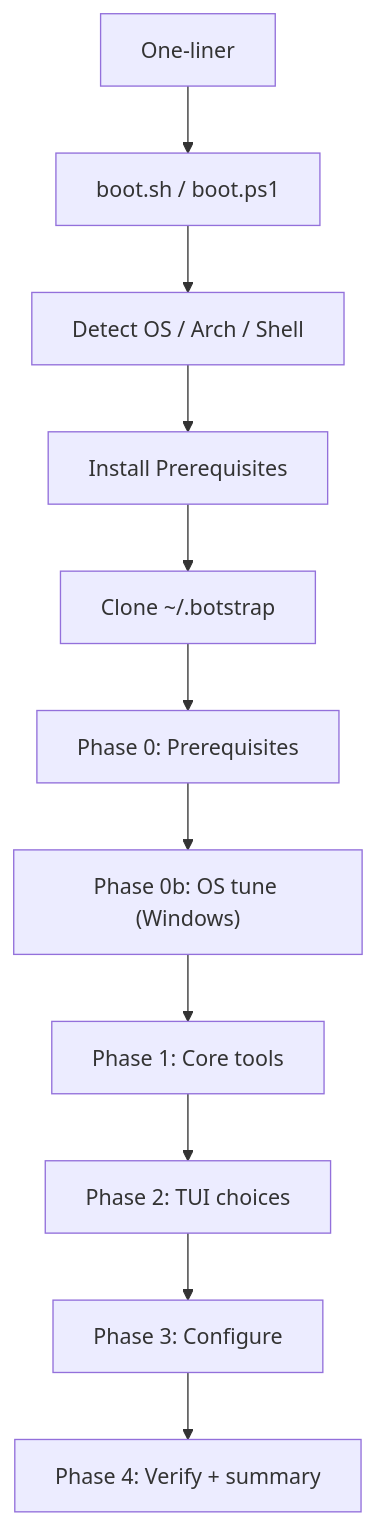
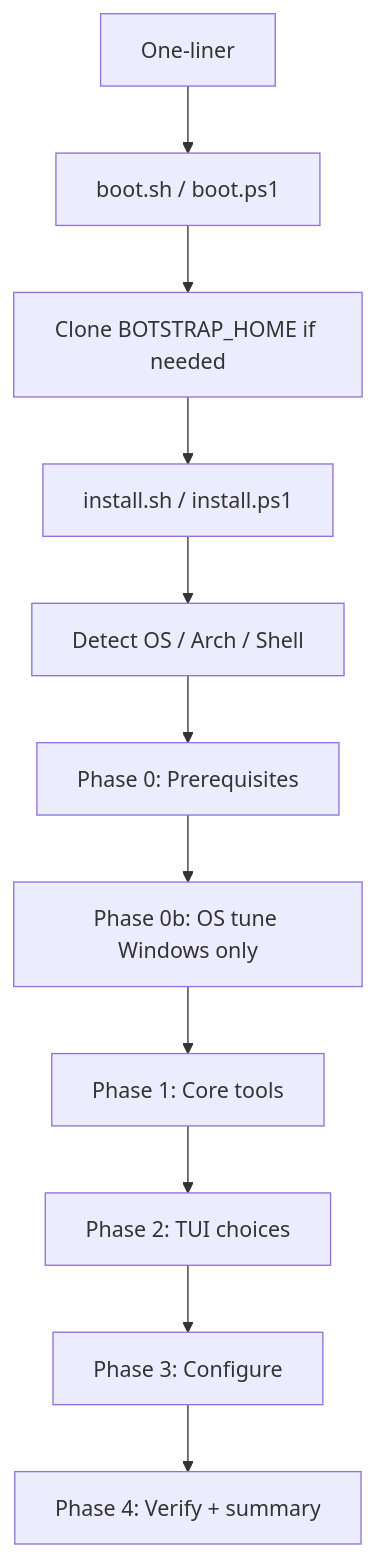
One commit to an-lee/botstrap changed the diagram in docs/ARCHITECTURE.md. Above: the diagram before and after it, drawn with Mermaid. The commit also changed other lines of this file and 12 other files, not shown here.

````diff
--- a/docs/ARCHITECTURE.md
+++ b/docs/ARCHITECTURE.md
@@ -55,13 +49,13 @@
 ```mermaid
 flowchart TD
     A[One-liner] --> B[boot.sh / boot.ps1]
-    B --> C[Detect OS / Arch / Shell]
-    C --> D[Install Prerequisites]
-    D --> E[Clone ~/.botstrap]
+    B --> C[Clone BOTSTRAP_HOME if needed]
+    C --> D[install.sh / install.ps1]
+    D --> E[Detect OS / Arch / Shell]
     E --> F[Phase 0: Prerequisites]
-    F --> F0["Phase 0b: OS tune (Windows)"]
+    F --> F0["Phase 0b: OS tune Windows only"]
     F0 --> G[Phase 1: Core tools]
     G --> H[Phase 2: TUI choices]
     H --> I[Phase 3: Configure]
     I --> J[Phase 4: Verify + summary]
 ```
````
